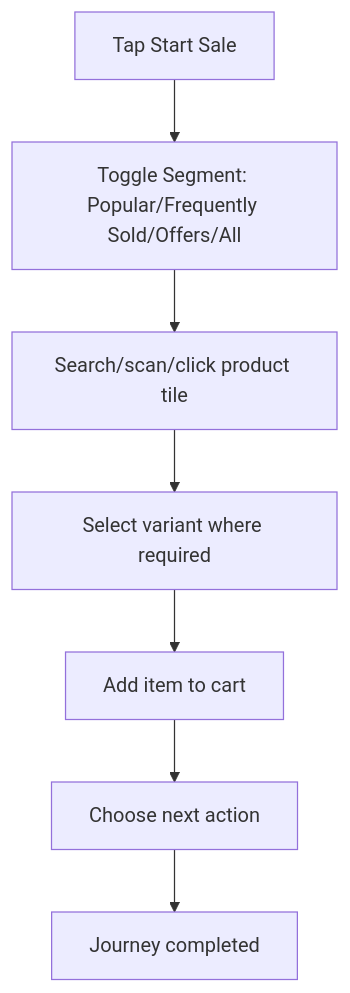
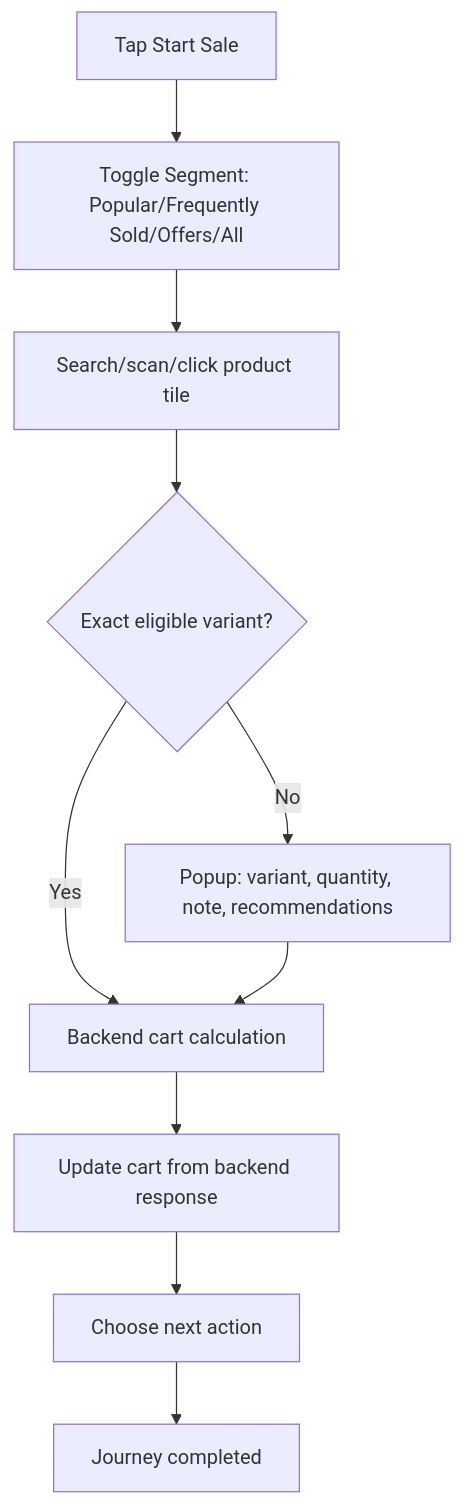
One commit to unicomproject/Pos-system-Knowledge changed the diagram in 03_USER_JOURNEYS/Cashier/04_Start_Sale_Flow.md. Above: the diagram before and after it, drawn with Mermaid. The commit also changed other lines of this file and 353 other files, not shown here.

````diff
--- a/03_USER_JOURNEYS/Cashier/04_Start_Sale_Flow.md
+++ b/03_USER_JOURNEYS/Cashier/04_Start_Sale_Flow.md
@@ -48,10 +50,13 @@
 ```mermaid
 flowchart TD
     S1[Tap Start Sale]
     S1 --> S1_1[Toggle Segment: Popular/Frequently Sold/Offers/All]
     S1_1 --> S2[Search/scan/click product tile]
-    S2 --> S3[Select variant where required]
-    S3 --> S4[Add item to cart]
-    S4 --> S5[Choose next action]
-    S5 --> Done[Journey completed]
+    S2 --> D{Exact eligible variant?}
+    D -->|Yes| S4[Backend cart calculation]
+    D -->|No| S3[Popup: variant, quantity, note, recommendations]
+    S3 --> S4
+    S4 --> S5[Update cart from backend response]
+    S5 --> S6[Choose next action]
+    S6 --> Done[Journey completed]
 ```
````
